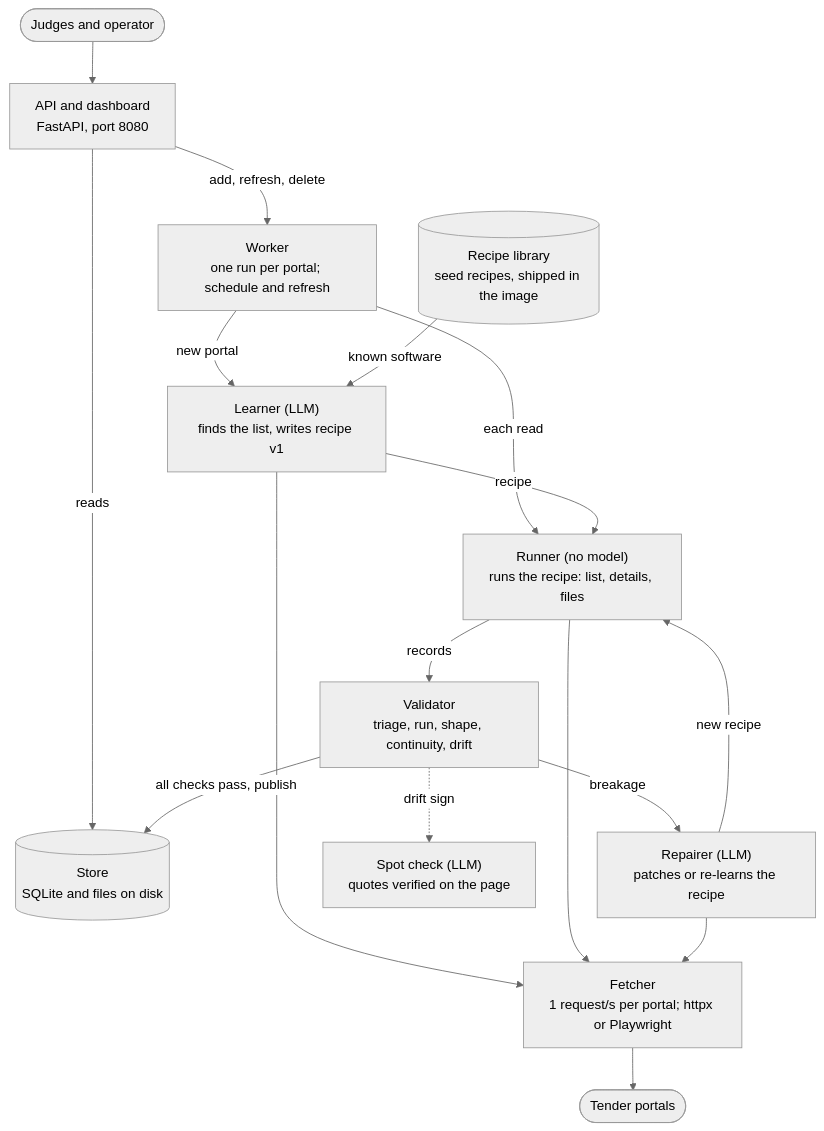
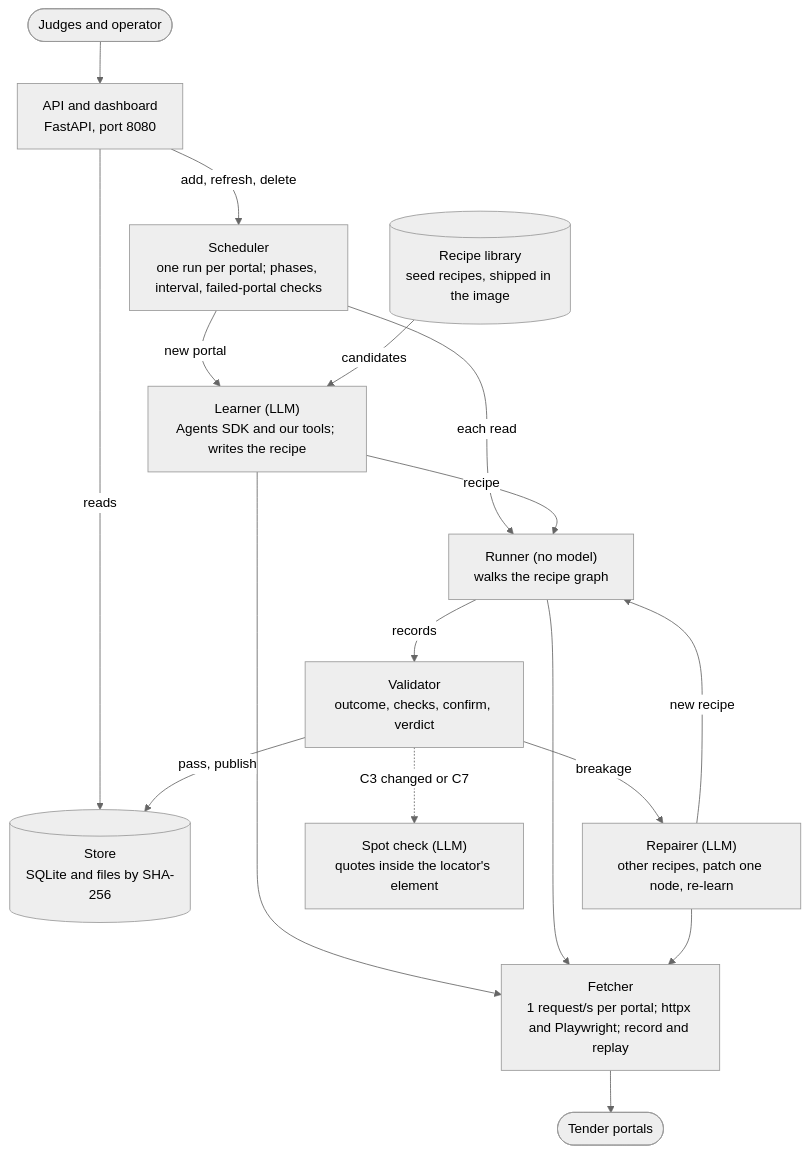
Before and after one commit to bariskaban/Self-Healing-Scraper-Agent: the second of 2 diagrams in DESIGN.md, drawn with Mermaid (neutral theme). The commit also changed other lines of this file and 2 other files, not shown here.

````diff
--- a/DESIGN.md
+++ b/DESIGN.md
@@ -291,19 +374,19 @@
 ```mermaid
 flowchart TB
     client([Judges and operator]) --> api["API and dashboard<br/>FastAPI, port 8080"]
-    api -->|add, refresh, delete| worker["Worker<br/>one run per portal; schedule and refresh"]
-    api -->|reads| store[("Store<br/>SQLite and files on disk")]
-    worker -->|new portal| learner["Learner (LLM)<br/>finds the list, writes recipe v1"]
-    worker -->|each read| runner["Runner (no model)<br/>runs the recipe: list, details, files"]
-    library[("Recipe library<br/>seed recipes, shipped in the image")] -->|known software| learner
+    api -->|add, refresh, delete| worker["Scheduler<br/>one run per portal; phases, interval, failed-portal checks"]
+    api -->|reads| store[("Store<br/>SQLite and files by SHA-256")]
+    worker -->|new portal| learner["Learner (LLM)<br/>Agents SDK and our tools; writes the recipe"]
+    worker -->|each read| runner["Runner (no model)<br/>walks the recipe graph"]
+    library[("Recipe library<br/>seed recipes, shipped in the image")] -->|candidates| learner
     learner -->|recipe| runner
-    runner -->|records| validator["Validator<br/>triage, run, shape, continuity, drift"]
-    validator -->|all checks pass, publish| store
-    validator -->|breakage| repairer["Repairer (LLM)<br/>patches or re-learns the recipe"]
-    validator -.->|drift sign| spot["Spot check (LLM)<br/>quotes verified on the page"]
+    runner -->|records| validator["Validator<br/>outcome, checks, confirm, verdict"]
+    validator -->|pass, publish| store
+    validator -->|breakage| repairer["Repairer (LLM)<br/>other recipes, patch one node, re-learn"]
+    validator -.->|C3 changed or C7| spot["Spot check (LLM)<br/>quotes inside the locator's element"]
     repairer -->|new recipe| runner
     learner --> fetcher
     runner --> fetcher
     repairer --> fetcher
-    fetcher["Fetcher<br/>1 request/s per portal; httpx or Playwright"] --> portals([Tender portals])
+    fetcher["Fetcher<br/>1 request/s per portal; httpx and Playwright; record and replay"] --> portals([Tender portals])
 ```
````
